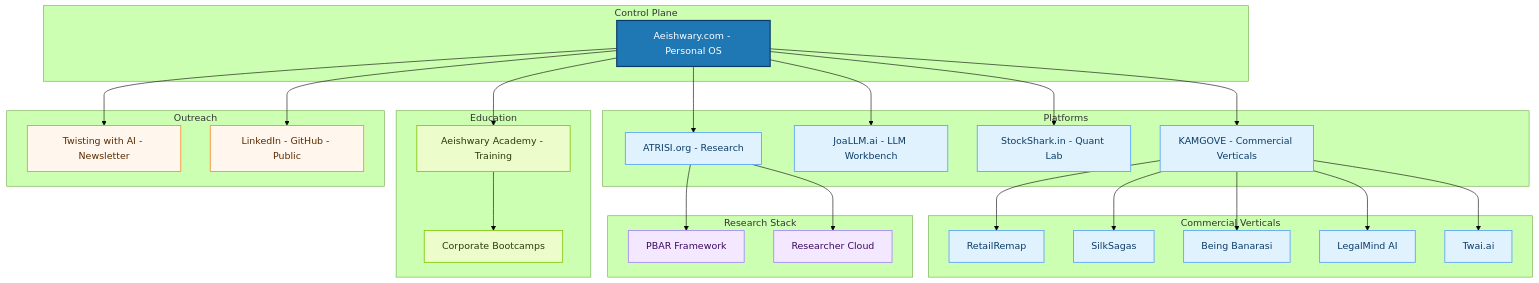
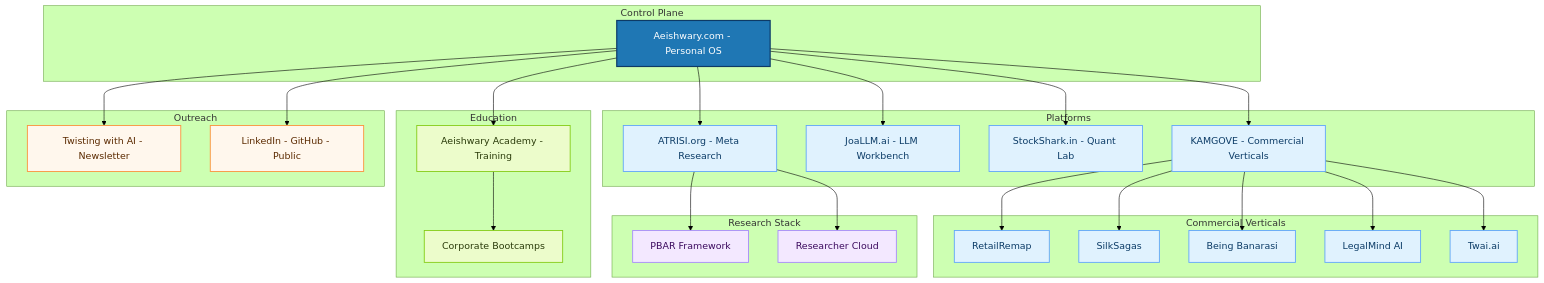
Before and after one commit to aeishwarymishra/portfolio: the second of 3 diagrams in ecosystem.md, drawn with Mermaid (forest theme). The commit also changed other lines of this file, not shown here.

````diff
--- a/ecosystem.md
+++ b/ecosystem.md
@@ -76,80 +76,80 @@
 ```mermaid
 graph TD
 
 %% ================== LAYOUT ==================
 %% Top: Control Plane -> Middle: Platforms/Education -> Bottom: Outreach/Research Stack
 
 %% ---------- Control Plane ----------
 subgraph CP[Control Plane]
   A[Aeishwary.com - Personal OS]
 end
 
 %% ---------- Platforms ----------
 subgraph PL[Platforms]
-  B[ATRISI.org - Research]
+  B[ATRISI.org - Meta Research]
   D[JoaLLM.ai - LLM Workbench]
   E[StockShark.in - Quant Lab]
   F[KAMGOVE - Commercial Verticals]
 end
 
 %% ---------- KAMGOVE Ventures ----------
 subgraph KV[Commercial Verticals]
   V1[RetailRemap]
   V2[SilkSagas]
   V3[Being Banarasi]
   V4[LegalMind AI]
   V5[Twai.ai]
 end
 
 %% ---------- Education ----------
 subgraph ED[Education]
   C[Aeishwary Academy - Training]
   K[Corporate Bootcamps]
 end
 
 %% ---------- Outreach ----------
 subgraph OC[Outreach]
   G[Twisting with AI - Newsletter]
   H[LinkedIn - GitHub - Public]
 end
 
 %% ---------- Research Stack ----------
 subgraph RS[Research Stack]
   I[PBAR Framework]
   J[Researcher Cloud]
 end
 
 %% ================== EDGES ==================
 A --> B
 A --> C
 A --> D
 A --> E
 A --> F
 A --> G
 A --> H
 
 B --> I
 B --> J
 C --> K
 
 %% KAMGOVE fan-out
 F --> V1
 F --> V2
 F --> V3
 F --> V4
 F --> V5
 
 %% ================== STYLES ==================
 classDef core fill:#1f77b4,color:#ffffff,stroke:#0d3a66,stroke-width:2px;
 classDef product fill:#e0f2fe,color:#0b3b66,stroke:#60a5fa,stroke-width:1.5px;
 classDef edu fill:#ecfccb,color:#2a3b0a,stroke:#84cc16,stroke-width:1.5px;
 classDef outreach fill:#fff7ed,color:#5b2a00,stroke:#fb923c,stroke-width:1.5px;
 classDef research fill:#f3e8ff,color:#3b0a5e,stroke:#a78bfa,stroke-width:1.5px;
 
 class A core;
 class B,D,E,F product;
 class V1,V2,V3,V4,V5 product;
 class C,K edu;
 class G,H outreach;
 class I,J research;
 ```
````
